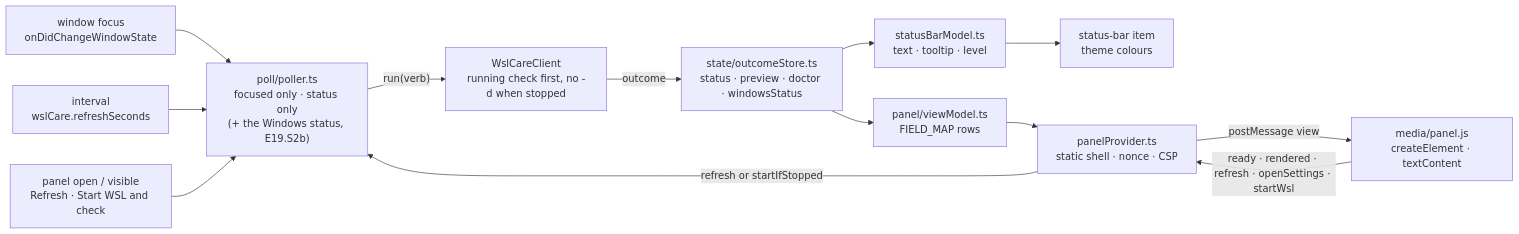
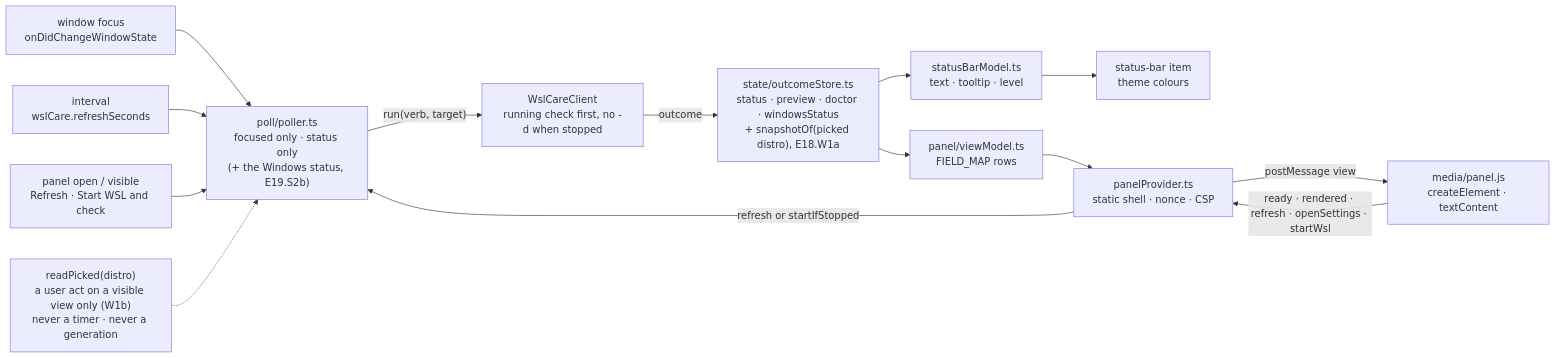
Before and after one commit to oleksandrdubyna88/wsl_care: the fifth of 8 diagrams in research/module_vs_code.md, drawn with Mermaid. The commit also changed other lines of this file and 69 other files, not shown here.

First line of the commit message:
feat(vscode): every road to the daemon can be told which distro — a typed target, listDistros, a store per picked distro, WSL 1 refused (E18.W1a) (#177)

````diff
--- a/research/module_vs_code.md
+++ b/research/module_vs_code.md
@@ -554,25 +576,27 @@
 ```mermaid
 flowchart LR
     focus["window focus<br/>onDidChangeWindowState"]
     timer["interval<br/>wslCare.refreshSeconds"]
     panelOpen["panel open / visible<br/>Refresh · Start WSL and check"]
+    picked["readPicked(distro)<br/>a user act on a visible view only (W1b)<br/>never a timer · never a generation"]
     poller["poll/poller.ts<br/>focused only · status only<br/>(+ the Windows status, E19.S2b)"]
     client["WslCareClient<br/>running check first, no -d when stopped"]
-    store["state/outcomeStore.ts<br/>status · preview · doctor · windowsStatus"]
+    store["state/outcomeStore.ts<br/>status · preview · doctor · windowsStatus<br/>+ snapshotOf(picked distro), E18.W1a"]
     barModel["statusBarModel.ts<br/>text · tooltip · level"]
     bar["status-bar item<br/>theme colours"]
     vm["panel/viewModel.ts<br/>FIELD_MAP rows"]
     provider["panelProvider.ts<br/>static shell · nonce · CSP"]
     page["media/panel.js<br/>createElement · textContent"]
 
     focus --> poller
     timer --> poller
     panelOpen --> poller
-    poller -->|"run(verb)"| client
+    picked -.-> poller
+    poller -->|"run(verb, target)"| client
     client -->|"outcome"| store
     store --> barModel --> bar
     store --> vm --> provider
     provider -->|"postMessage view"| page
     page -->|"ready · rendered · refresh · openSettings · startWsl"| provider
     provider -->|"refresh or startIfStopped"| poller
 ```
````
